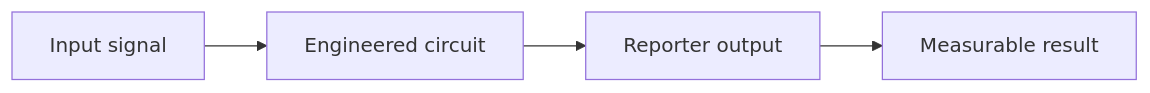
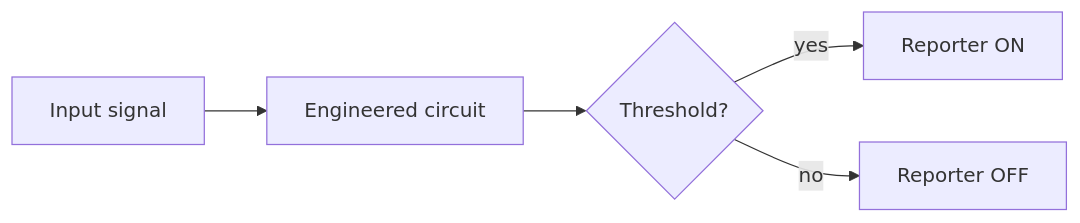
The first of 2 diagrams in src/content/articles/project/description.md (fzlzjerry/2026-basischina), drawn with Mermaid before and after one commit. The commit also changed other lines of this file and 19 other files, not shown here.

````diff
--- a/src/content/articles/project/description.md
+++ b/src/content/articles/project/description.md
@@ -33,6 +147,7 @@
 ```mermaid
 flowchart LR
   A[Input signal] --> B[Engineered circuit]
-  B --> C[Reporter output]
-  C --> D[Measurable result]
+  B --> C{Threshold?}
+  C -- yes --> D[Reporter ON]
+  C -- no --> E[Reporter OFF]
 ```
````
